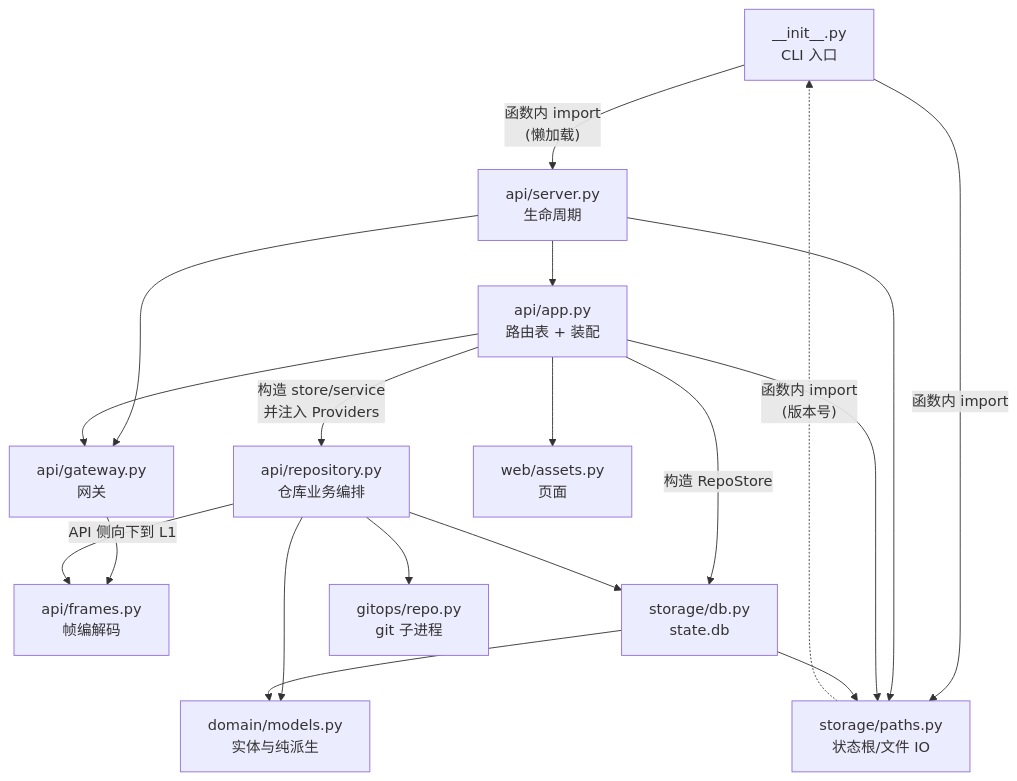
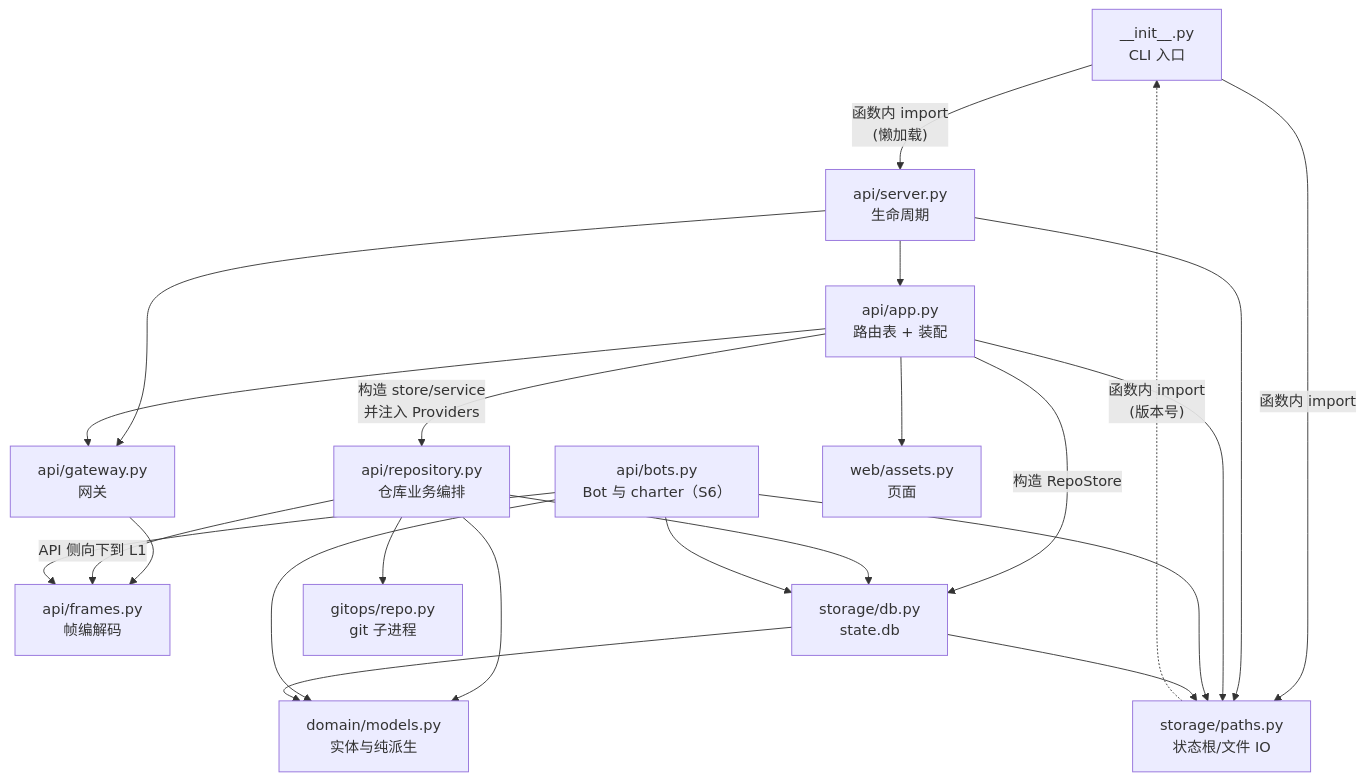
The diagram in docs/codemap/02-layers.md (postel-studio/postel-studio), drawn with Mermaid before and after one commit. The commit also changed other lines of this file and 10 other files, not shown here.

First line of the commit message:
feat(api): bot.list / memory.charter.get —— 惰性播种、charter 摘要与 rev

````diff
--- a/docs/codemap/02-layers.md
+++ b/docs/codemap/02-layers.md
@@ -36,33 +38,38 @@
 ```mermaid
 graph TD
     CLI["__init__.py<br/>CLI 入口"]
     SRV["api/server.py<br/>生命周期"]
     APP["api/app.py<br/>路由表 + 装配"]
     GW["api/gateway.py<br/>网关"]
     FR["api/frames.py<br/>帧编解码"]
     RS["api/repository.py<br/>仓库业务编排"]
+    BT["api/bots.py<br/>Bot 与 charter（S6）"]
     AS["web/assets.py<br/>页面"]
     DB["storage/db.py<br/>state.db"]
     PA["storage/paths.py<br/>状态根/文件 IO"]
     GO["gitops/repo.py<br/>git 子进程"]
     DM["domain/models.py<br/>实体与纯派生"]
 
     CLI -->|"函数内 import<br/>(懒加载)"| SRV
     CLI -->|"函数内 import"| PA
     SRV --> APP
     SRV --> GW
     SRV --> PA
     APP --> GW
     APP --> PA
     APP --> AS
     APP -->|"构造 store/service<br/>并注入 Providers"| RS
     APP -->|"构造 RepoStore"| DB
     GW --> FR
     RS -->|"API 侧向下到 L1"| FR
     RS --> DB
     RS --> GO
     RS --> DM
+    BT --> DB
+    BT --> PA
+    BT --> DM
+    BT --> FR
     DB --> PA
     DB --> DM
     PA -.->|"函数内 import<br/>(版本号)"| CLI
 ```
````
